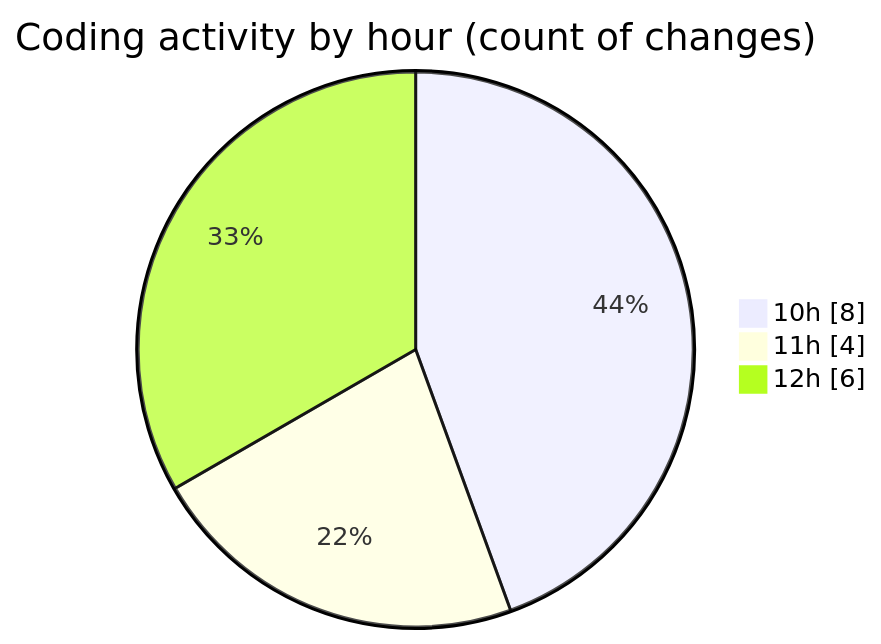
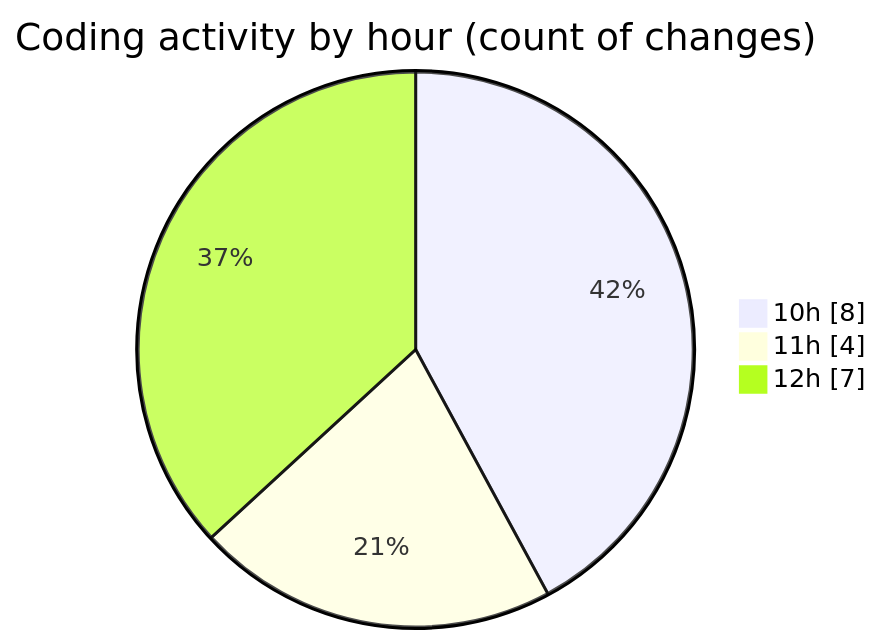
The second of 2 diagrams in 2025-08-07/nxtqube_webapp/README.md (nxtqubesakshisongat/code-tracking), drawn with Mermaid before and after one commit. The commit also changed other lines of this file and 1 other file, not shown here.

````diff
--- a/2025-08-07/nxtqube_webapp/README.md
+++ b/2025-08-07/nxtqube_webapp/README.md
@@ -32,7 +32,7 @@
 ```mermaid
 pie showData
 title Coding activity by hour (count of changes)
 "10h" : 8
 "11h" : 4
-"12h" : 6
+"12h" : 7
 ```
````
